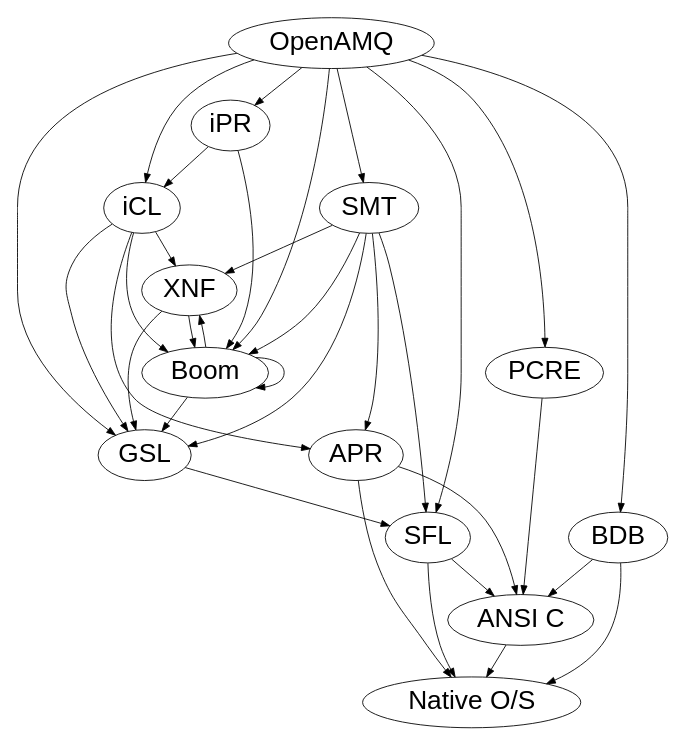
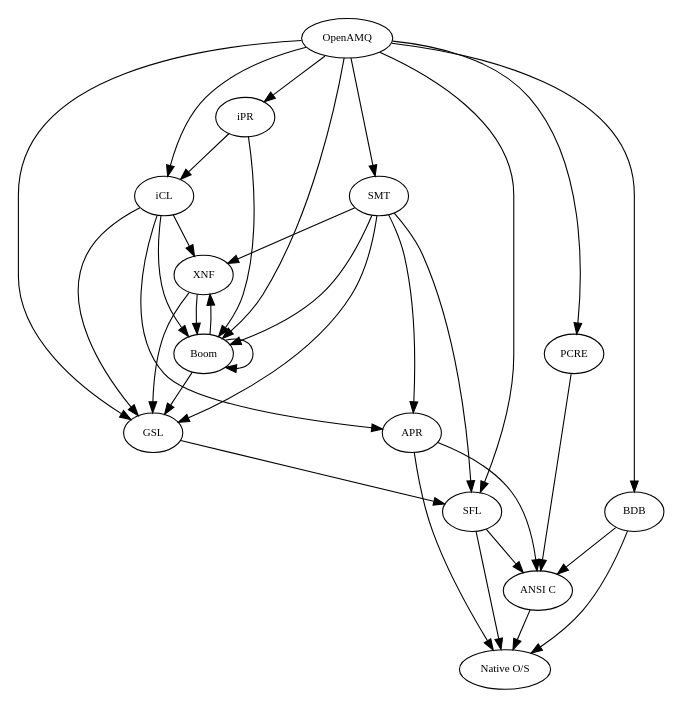
One commit to imatix/openamq changed the diagram in doc/openamq_tools.dot. Above: the diagram before and after it, drawn with Graphviz. The commit also changed 10 other files, not shown here.

```diff
--- a/doc/openamq_tools.dot
+++ b/doc/openamq_tools.dot
@@ -1,41 +1,41 @@
 //  OpenAMQ technology dependency tree
 //  Build using dot
-digraph {
+digraph Tools {
     size = "5,12";
-    node [fontname=Helvetica, fontsize=30];
+    node [fontsize=10];
     OS [label = "Native O/S"];
     C  [label = "ANSI C"];
     C       -> OS;
     SFL     -> OS;
     SFL     -> C;
     APR     -> OS;
     APR     -> C;
     BDB     -> OS;
     BDB     -> C;
     GSL     -> SFL;
     SMT     -> SFL;
     SMT     -> APR;
     SMT     -> XNF;
     SMT     -> Boom;
     SMT     -> GSL;
     XNF     -> GSL;
     XNF     -> Boom;
     iCL     -> XNF;
     iCL     -> Boom;
     iCL     -> APR;
     iCL     -> GSL;
     iPR     -> Boom;
     iPR     -> iCL;
     Boom    -> Boom;
     Boom    -> XNF;
     Boom    -> GSL;
     OpenAMQ -> SMT;
     OpenAMQ -> SFL;
     OpenAMQ -> iCL;
     OpenAMQ -> iPR;
     OpenAMQ -> BDB;
     OpenAMQ -> GSL;
     OpenAMQ -> Boom;
     OpenAMQ -> PCRE;
     PCRE    -> C;
 }
```
